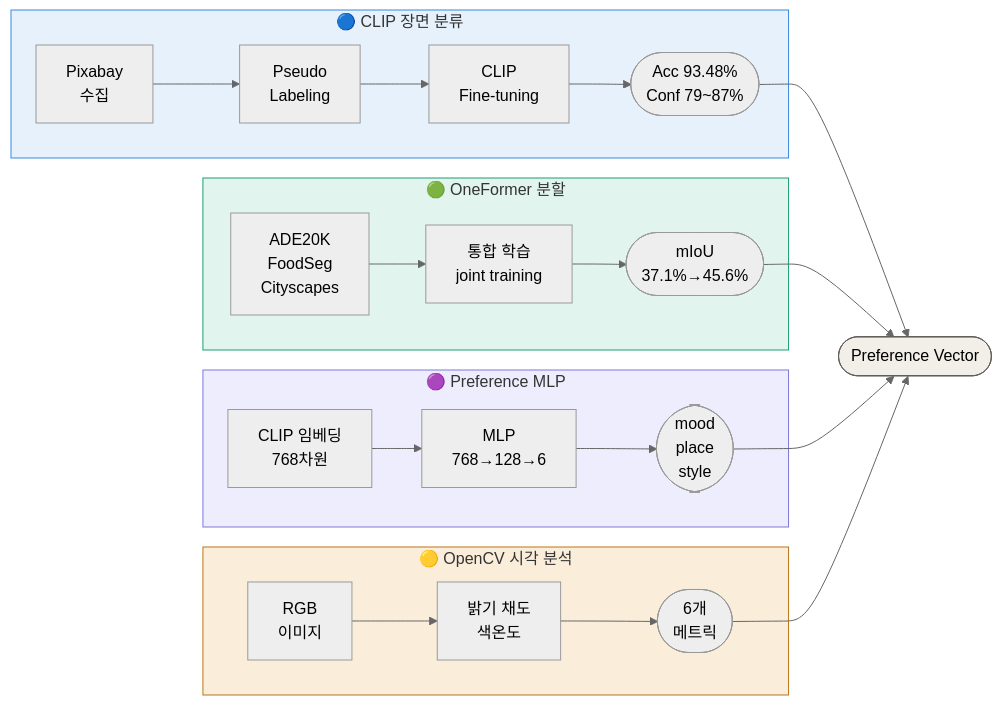
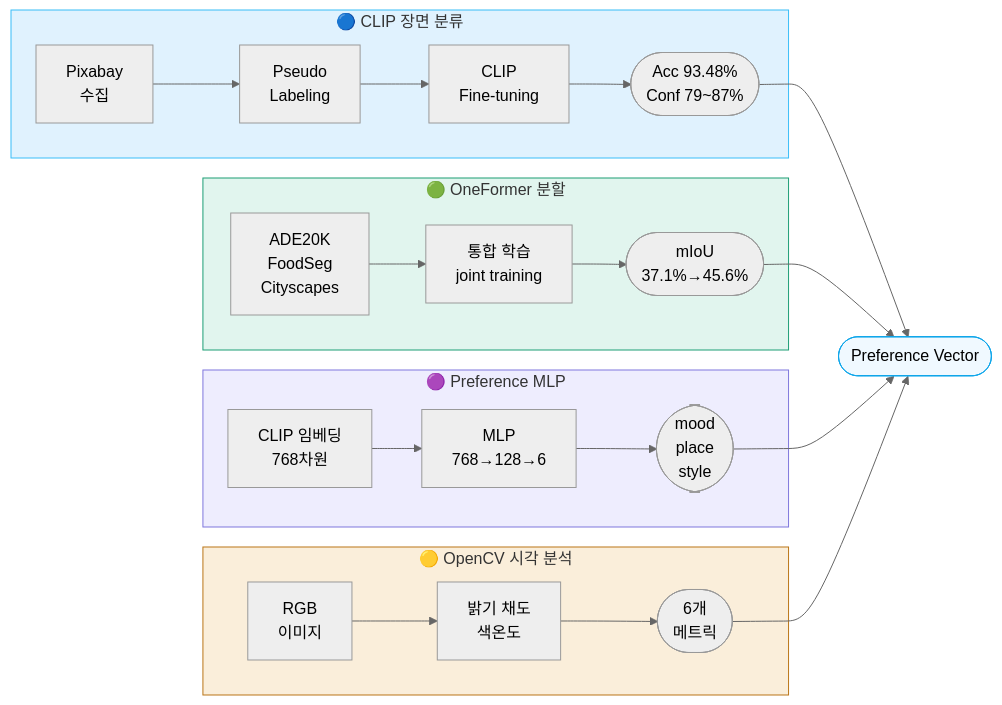
One commit to ysnni2/PhotoTrip changed the second of 2 diagrams in README.md. Above: the diagram before and after it, drawn with Mermaid (neutral theme). The commit also changed other lines of this file, not shown here.

````diff
--- a/README.md
+++ b/README.md
@@ -370,31 +385,31 @@
 ```mermaid
 flowchart LR
     subgraph CLIP["🔵 CLIP 장면 분류"]
         A["Pixabay\n수집"] --> B["Pseudo\nLabeling"] --> C["CLIP\nFine-tuning"] --> R1(["Acc 93.48%\nConf 79~87%"])
     end
 
     subgraph ONE["🟢 OneFormer 분할"]
         D["ADE20K\nFoodSeg\nCityscapes"] --> E["통합 학습\njoint training"] --> R2(["mIoU\n37.1%→45.6%"])
     end
 
     subgraph MLP["🟣 Preference MLP"]
         F["CLIP 임베딩\n768차원"] --> G["MLP\n768→128→6"] --> R3(["mood\nplace\nstyle"])
     end
 
     subgraph OCV["🟡 OpenCV 시각 분석"]
         H["RGB\n이미지"] --> I["밝기 채도\n색온도"] --> R4(["6개\n메트릭"])
     end
 
     R1 --> PV
     R2 --> PV
     R3 --> PV
     R4 --> PV
 
     PV(["Preference Vector"])
 
-    style CLIP fill:#e6f1fb,stroke:#378add
+    style CLIP fill:#e0f2fe,stroke:#38BDF8
     style ONE fill:#e1f5ee,stroke:#1d9e75
     style MLP fill:#eeedfe,stroke:#7f77dd
     style OCV fill:#faeeda,stroke:#ba7517
-    style PV fill:#f1efe8,stroke:#5f5e5a
+    style PV fill:#f0f9ff,stroke:#0EA5E9
 ```
````
